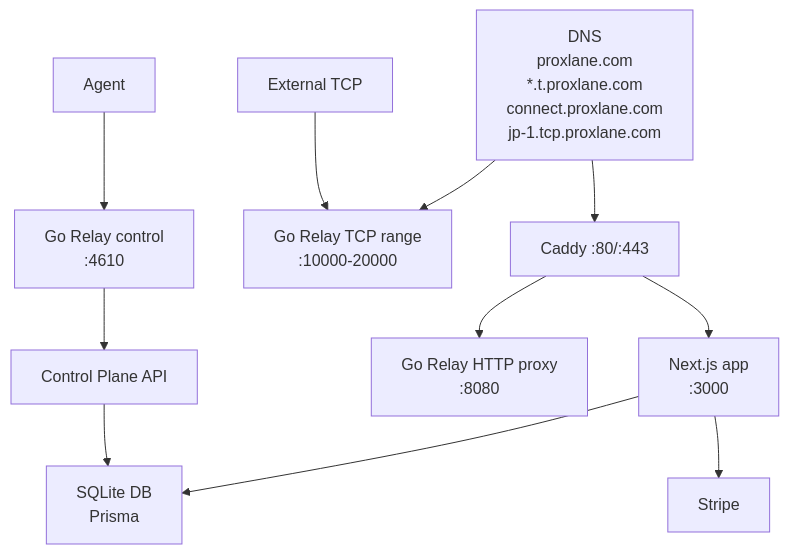
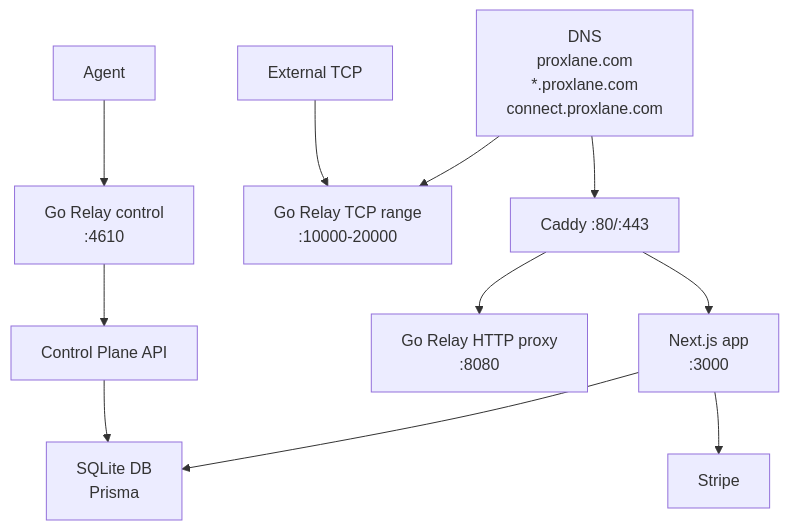
One commit to yuzu-krs/proxlane-support changed the second of 2 diagrams in docs/tech-stack.md. Above: the diagram before and after it, drawn with Mermaid. The commit also changed other lines of this file and 7 other files, not shown here.

````diff
--- a/docs/tech-stack.md
+++ b/docs/tech-stack.md
@@ -210,13 +209,13 @@
 ```mermaid
 flowchart TD
-    DNS["DNS\nproxlane.com\n*.t.proxlane.com\nconnect.proxlane.com\njp-1.tcp.proxlane.com"] --> Caddy["Caddy :80/:443"]
+    DNS["DNS\nproxlane.com\n*.proxlane.com\nconnect.proxlane.com"] --> Caddy["Caddy :80/:443"]
     DNS --> RelayTCP["Go Relay TCP range\n:10000-20000"]
     Caddy --> Web["Next.js app\n:3000"]
     Caddy --> RelayHTTP["Go Relay HTTP proxy\n:8080"]
     Agent["Agent"] --> RelayControl["Go Relay control\n:4610"]
     TCP["External TCP"] --> RelayTCP
     Web --> SQLite["SQLite DB\nPrisma"]
     RelayControl --> API["Control Plane API"]
     API --> SQLite
     Web --> Stripe["Stripe"]
 ```
````
